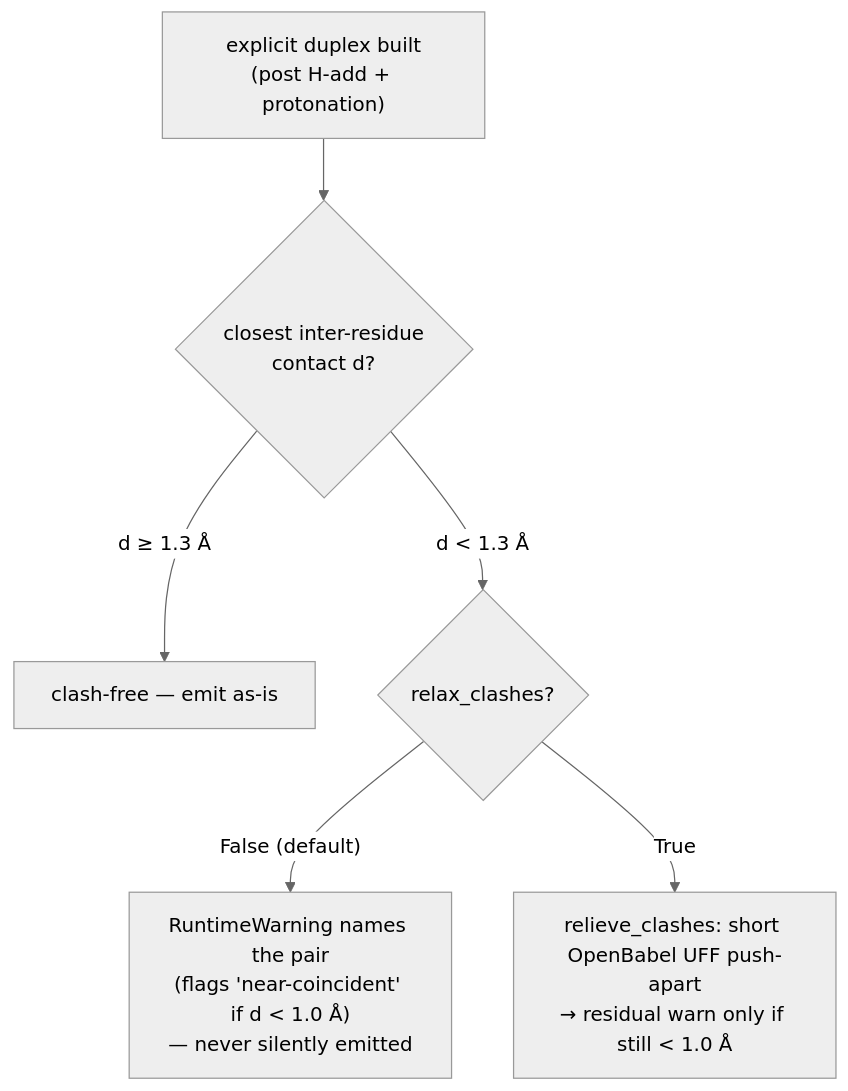
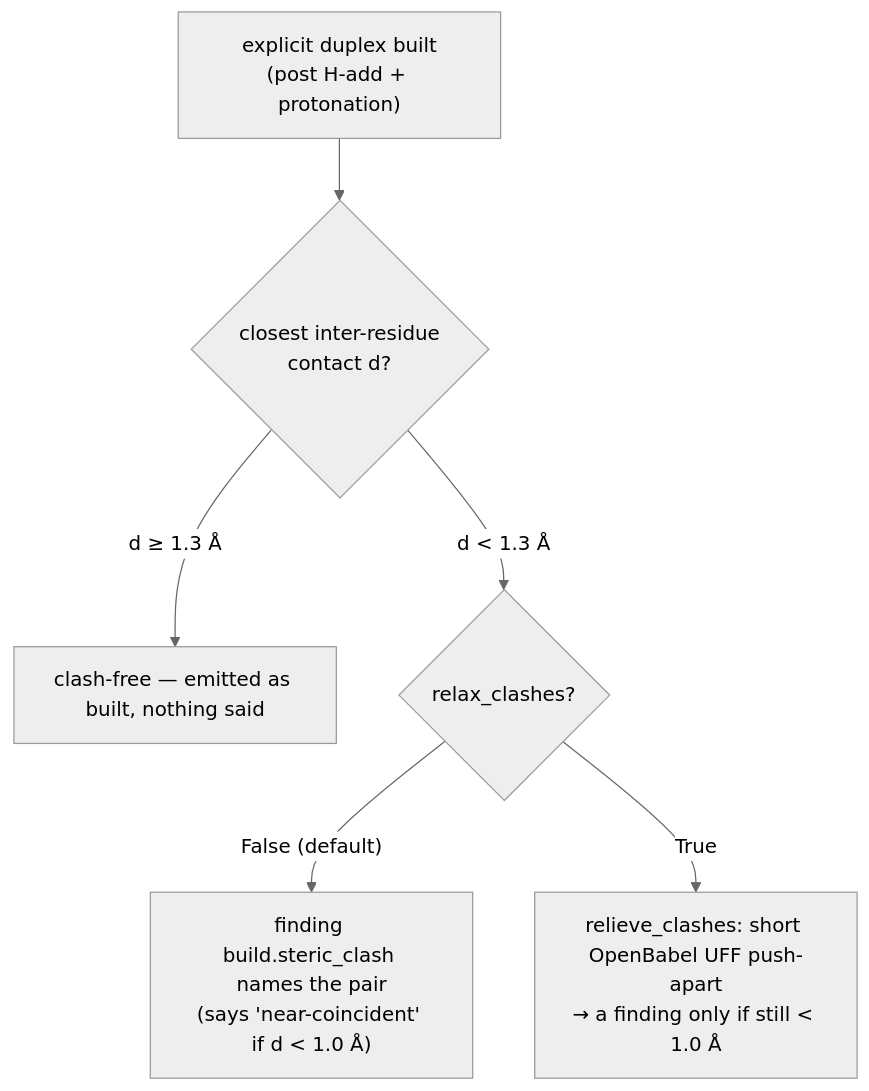
Before and after one commit to Qing-LAB/molbuilder: the second of 4 diagrams in docs/engines/builders.md, drawn with Mermaid (neutral theme). The commit also changed other lines of this file and 84 other files, not shown here.

First line of the commit message:
2.57.0: a species is a label and an element; a build says what it built (F0b)

````diff
--- a/docs/engines/builders.md
+++ b/docs/engines/builders.md
@@ -162,8 +188,8 @@
 ```mermaid
 flowchart TD
     M["explicit duplex built<br/>(post H-add + protonation)"] --> C{"closest inter-residue<br/>contact d?"}
-    C -->|"d ≥ 1.3 Å"| OK["clash-free — emit as-is"]
+    C -->|"d ≥ 1.3 Å"| OK["clash-free — emitted as built, nothing said"]
     C -->|"d < 1.3 Å"| CL{"relax_clashes?"}
-    CL -->|"False (default)"| W["RuntimeWarning names the pair<br/>(flags 'near-coincident' if d < 1.0 Å)<br/>— never silently emitted"]
-    CL -->|"True"| R["relieve_clashes: short OpenBabel UFF push-apart<br/>→ residual warn only if still < 1.0 Å"]
+    CL -->|"False (default)"| W["finding build.steric_clash names the pair<br/>(says 'near-coincident' if d < 1.0 Å)"]
+    CL -->|"True"| R["relieve_clashes: short OpenBabel UFF push-apart<br/>→ a finding only if still < 1.0 Å"]
 ```
````
